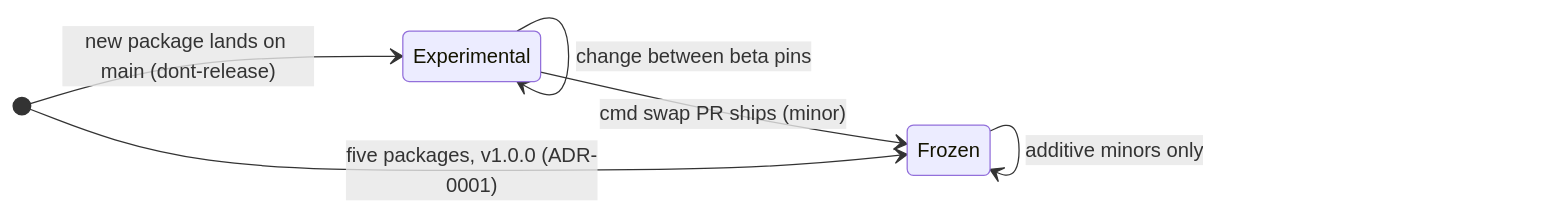
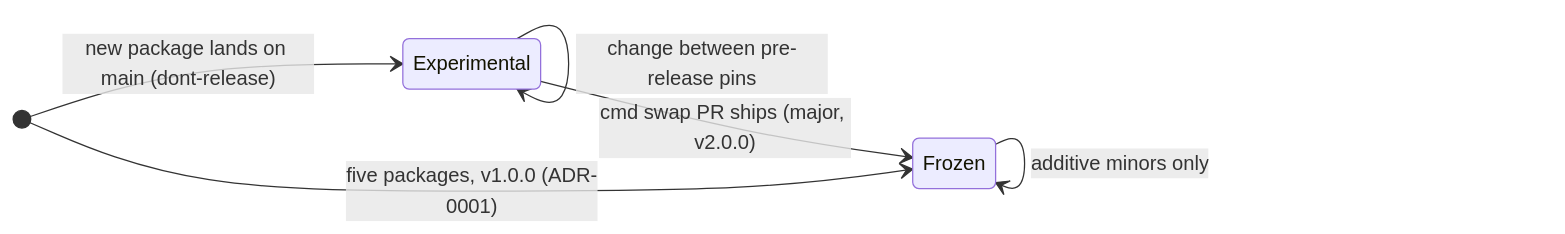
One commit to donaldgifford/docz changed the third of 3 diagrams in docs/adr/0002-docz-is-an-api-package-whose-first-consumer-is-the-cli.md. Above: the diagram before and after it, drawn with Mermaid. The commit also changed other lines of this file and 3 other files, not shown here.

````diff
--- a/docs/adr/0002-docz-is-an-api-package-whose-first-consumer-is-the-cli.md
+++ b/docs/adr/0002-docz-is-an-api-package-whose-first-consumer-is-the-cli.md
@@ -197,9 +217,9 @@
    ```mermaid
    stateDiagram-v2
      direction LR
      [*] --> Frozen: five packages, v1.0.0 (ADR-0001)
      [*] --> Experimental: new package lands on main (dont-release)
-     Experimental --> Experimental: change between beta pins
-     Experimental --> Frozen: cmd swap PR ships (minor)
+     Experimental --> Experimental: change between pre-release pins
+     Experimental --> Frozen: cmd swap PR ships (major, v2.0.0)
      Frozen --> Frozen: additive minors only
    ```
````
